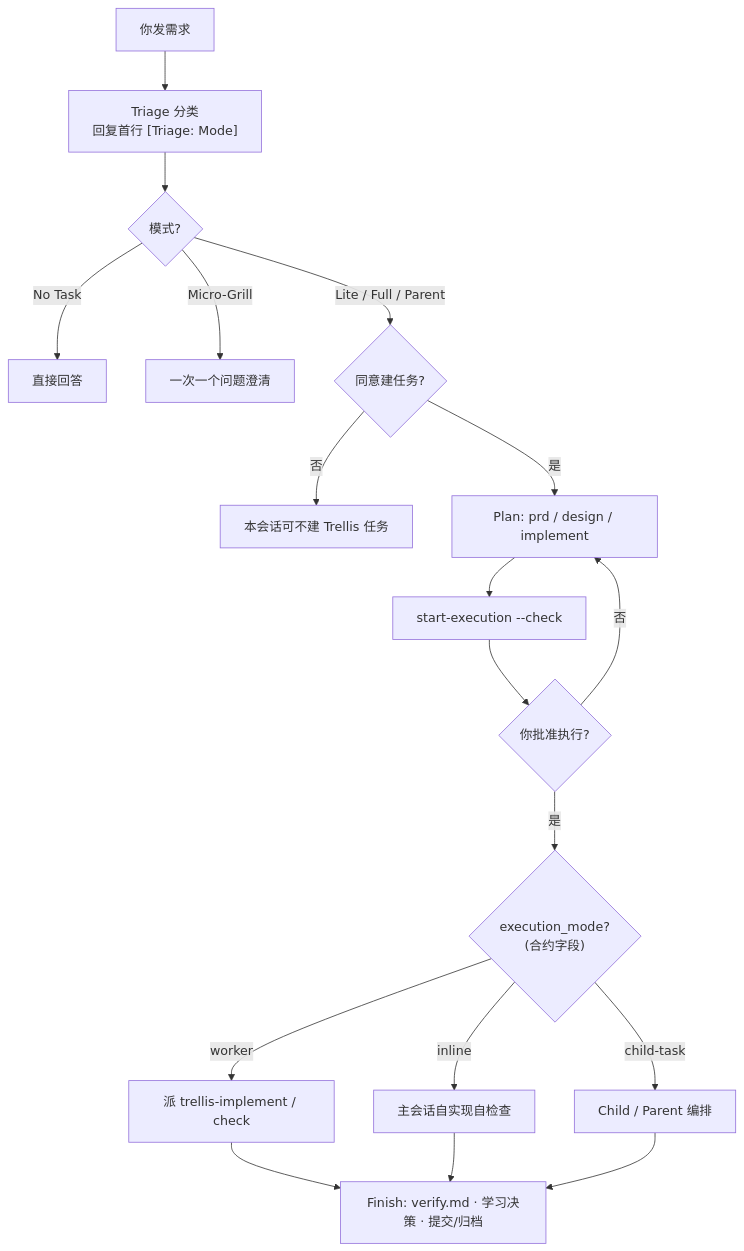
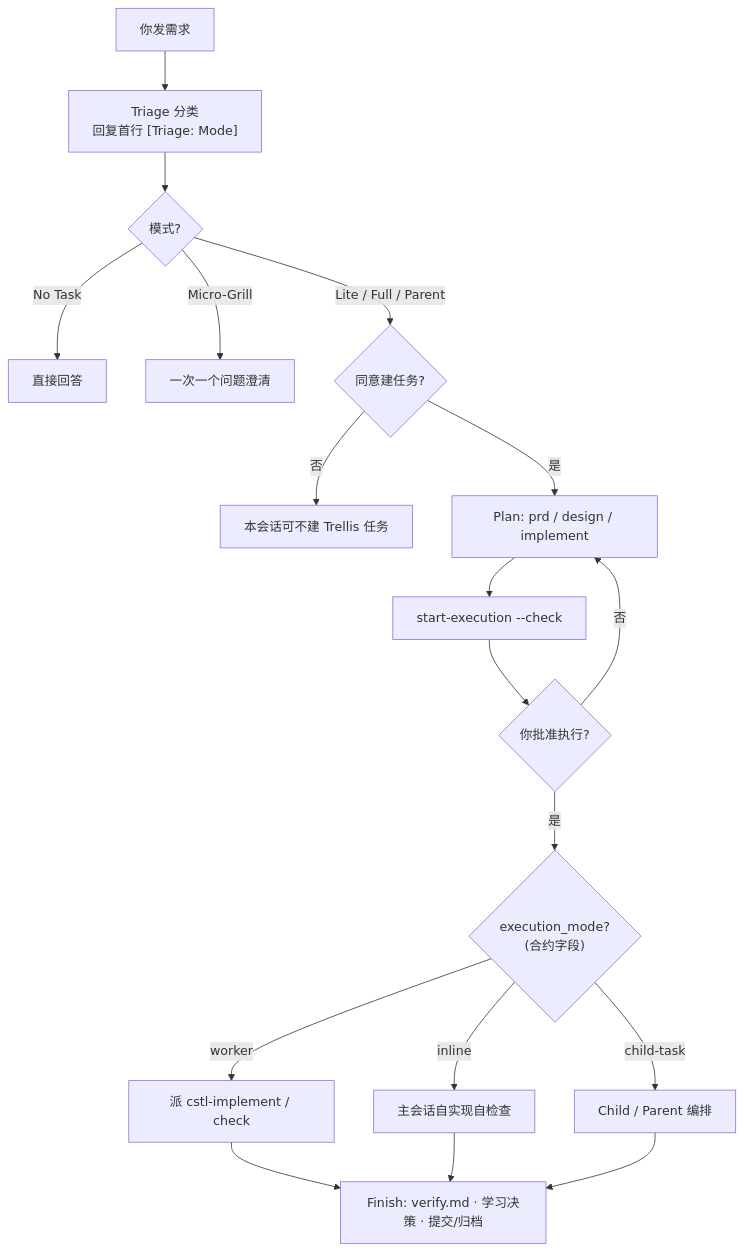
Before and after one commit to blxzer77/cursor-trellis: the third of 5 diagrams in docs/community/linux-do-release.md, drawn with Mermaid. The commit also changed other lines of this file and 248 other files, not shown here.

````diff
--- a/docs/community/linux-do-release.md
+++ b/docs/community/linux-do-release.md
@@ -114,20 +116,20 @@
 ```mermaid
 flowchart TD
   start[你发需求] --> triage["Triage 分类<br/>回复首行 [Triage: Mode]"]
   triage --> nt{模式?}
   nt -->|No Task| ans[直接回答]
   nt -->|Micro-Grill| mg[一次一个问题澄清]
   nt -->|Lite / Full / Parent| consent{同意建任务?}
   consent -->|否| skip[本会话可不建 Trellis 任务]
   consent -->|是| plan[Plan: prd / design / implement]
   plan --> gate["start-execution --check"]
   gate --> ok{你批准执行?}
   ok -->|否| plan
   ok -->|是| mode{"execution_mode?<br/>(合约字段)"}
-  mode -->|worker| exec["派 trellis-implement / check"]
+  mode -->|worker| exec["派 cstl-implement / check"]
   mode -->|inline| inline["主会话自实现自检查"]
   mode -->|child-task| child["Child / Parent 编排"]
   exec --> fin[Finish: verify.md · 学习决策 · 提交/归档]
   inline --> fin
   child --> fin
 ```
````
